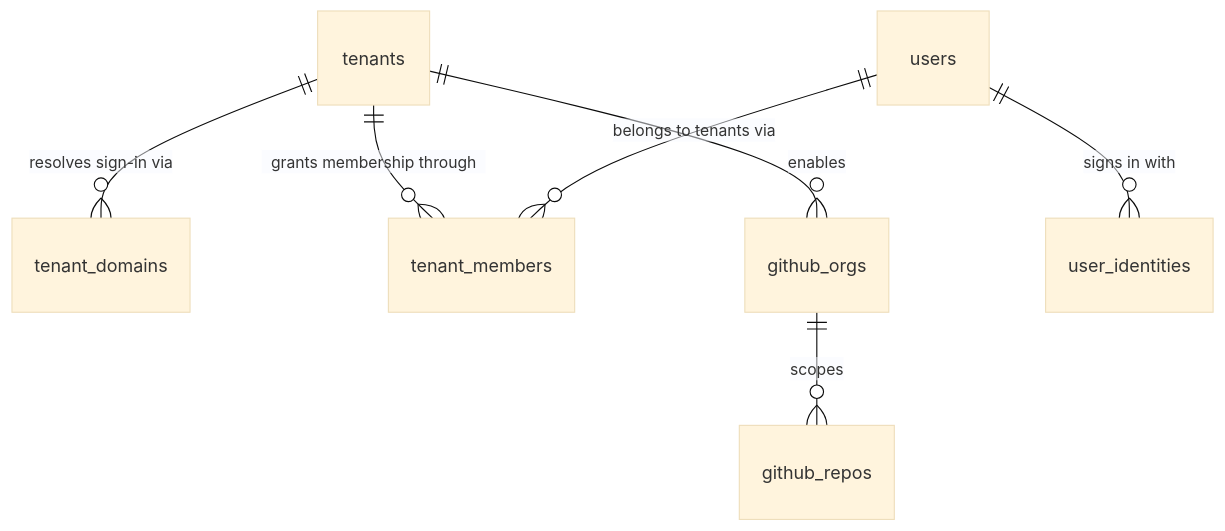
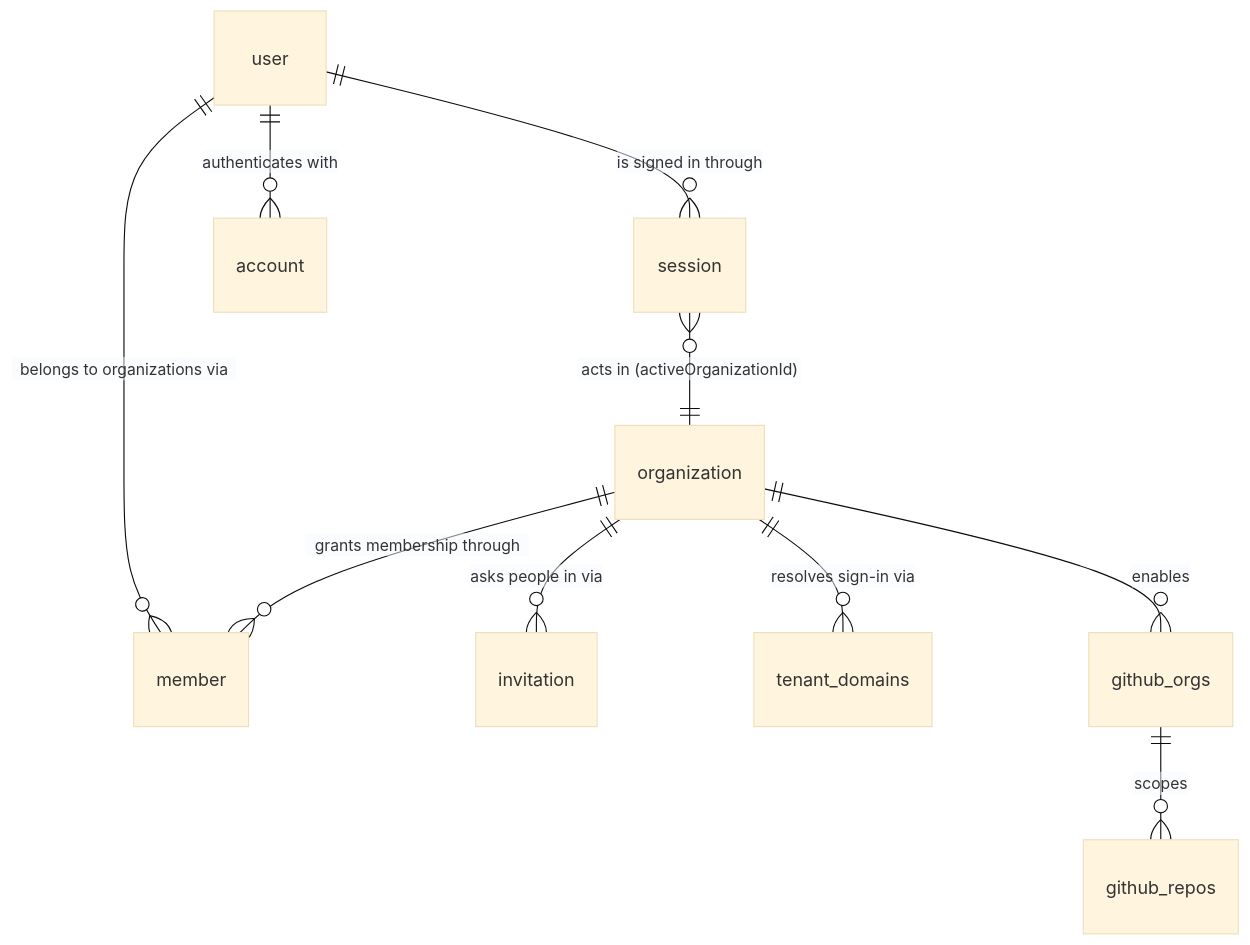
Before and after one commit to NobuData/ouroboros: the second of 7 diagrams in docs/ARCHITECTURE.md, drawn with Mermaid (base theme). The commit also changed other lines of this file and 11 other files, not shown here.

First line of the commit message:
Fix #708 - Tenancy data migration: tenants→organization, extensions re-pointed

````diff
--- a/docs/ARCHITECTURE.md
+++ b/docs/ARCHITECTURE.md
@@ -227,9 +231,12 @@
 ```mermaid
 erDiagram
-    tenants ||--o{ tenant_domains : "resolves sign-in via"
-    tenants ||--o{ tenant_members : "grants membership through"
-    tenants ||--o{ github_orgs : "enables"
+    user ||--o{ session : "is signed in through"
+    user ||--o{ account : "authenticates with"
+    organization ||--o{ member : "grants membership through"
+    user ||--o{ member : "belongs to organizations via"
+    organization ||--o{ invitation : "asks people in via"
+    organization ||--o{ tenant_domains : "resolves sign-in via"
+    organization ||--o{ github_orgs : "enables"
     github_orgs ||--o{ github_repos : "scopes"
-    users ||--o{ tenant_members : "belongs to tenants via"
-    users ||--o{ user_identities : "signs in with"
+    session }o--|| organization : "acts in (activeOrganizationId)"
 ```
````
